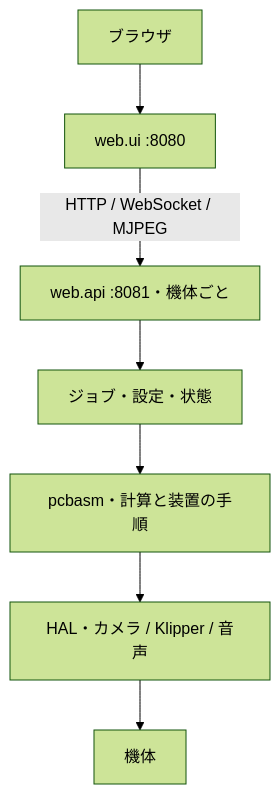
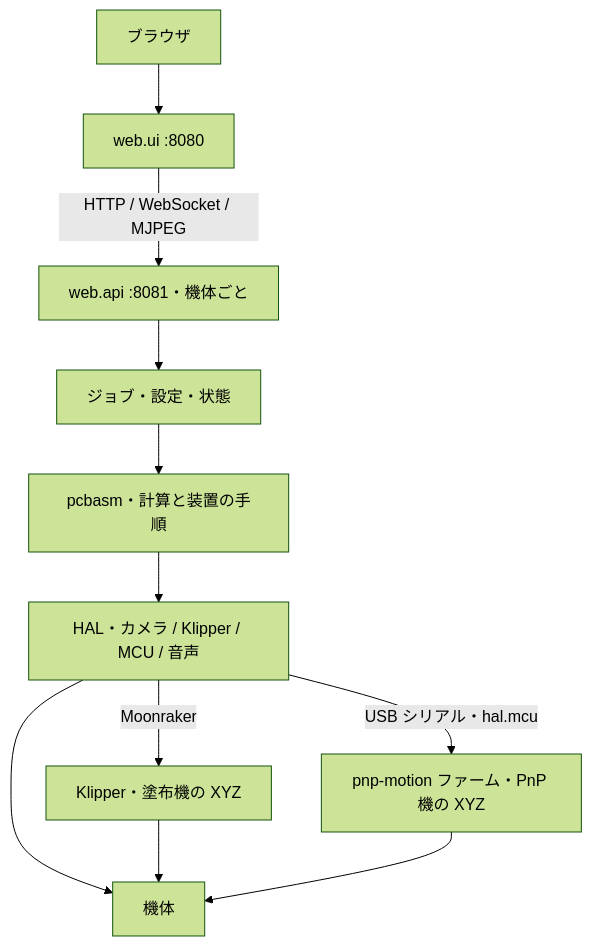
Before and after one commit to GOP-Co-Ltd/pcb-assembly: the diagram in docs/develop/architecture.md, drawn with Mermaid (forest theme). The commit also changed other lines of this file and 56 other files, not shown here.

First line of the commit message:
feat(motion): PnP 機の XYZ を pnp-motion ファームで動かすステージと、マシン操作パネルの対応を足す

````diff
--- a/docs/develop/architecture.md
+++ b/docs/develop/architecture.md
@@ -8,9 +8,13 @@
 ```mermaid
 flowchart TD
     browser[ブラウザ] --> ui[web.ui :8080]
     ui -->|HTTP / WebSocket / MJPEG| api[web.api :8081・機体ごと]
     api --> jobs[ジョブ・設定・状態]
     jobs --> core[pcbasm・計算と装置の手順]
-    core --> hal[HAL・カメラ / Klipper / 音声]
+    core --> hal[HAL・カメラ / Klipper / MCU / 音声]
+    hal -->|Moonraker| klipper[Klipper・塗布機の XYZ]
+    hal -->|USB シリアル・hal.mcu| mcu[pnp-motion ファーム・PnP 機の XYZ]
     hal --> device[機体]
+    klipper --> device
+    mcu --> device
 ```
````
